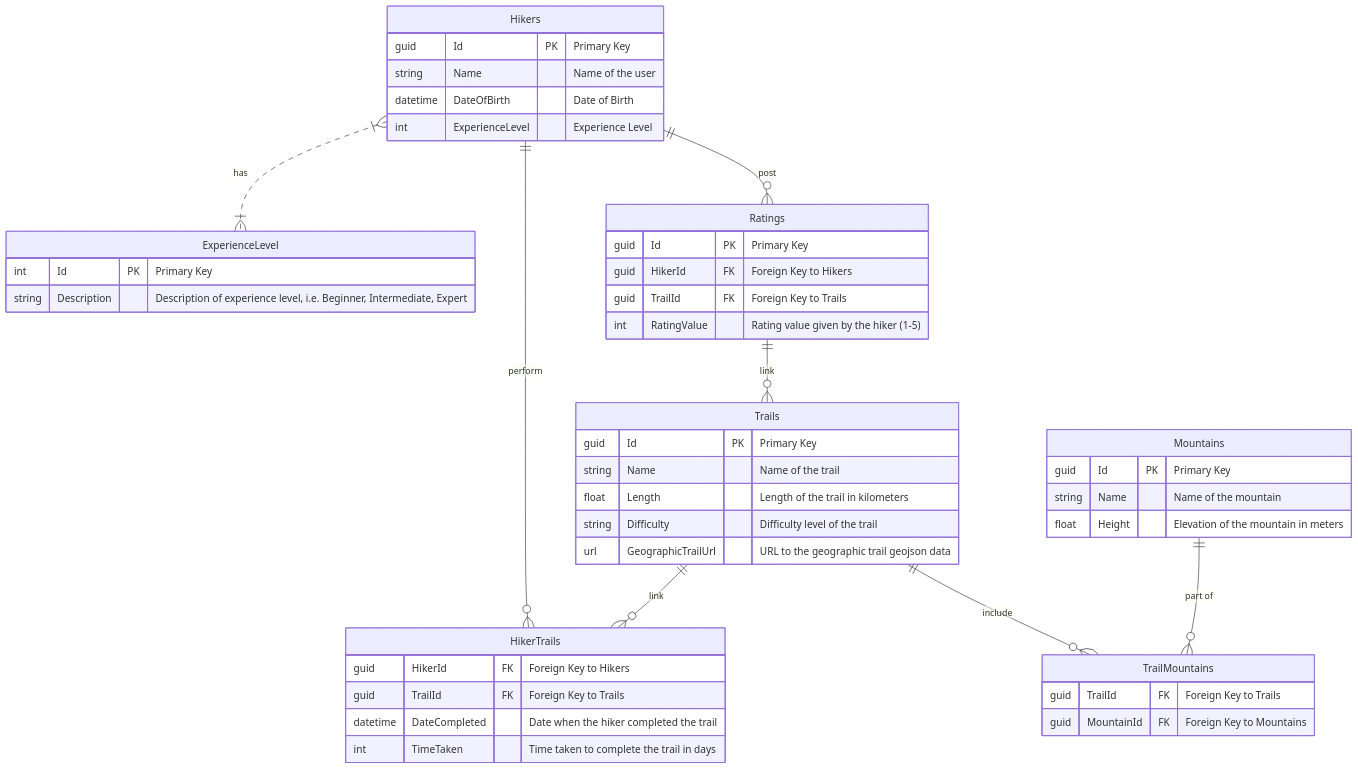
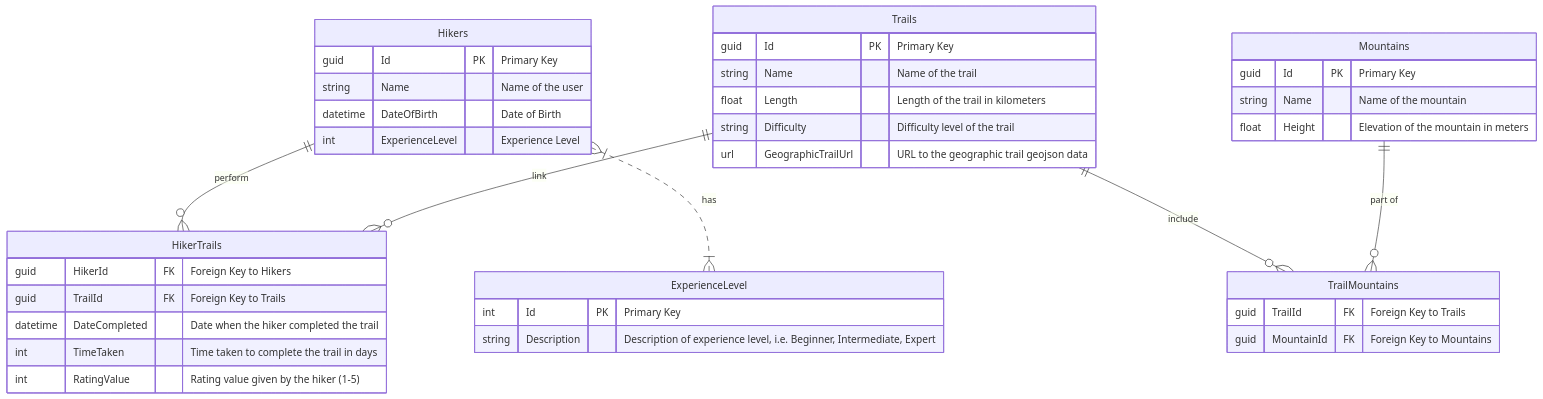
Before and after one commit to Mara1969/MyHikingAPI: the diagram in Docs/Schema.mmd, drawn with Mermaid.

Commit message:
Removed ratings table and added a ratings row to hikertrails table

```diff
--- a/Docs/Schema.mmd
+++ b/Docs/Schema.mmd
@@ -1,48 +1,43 @@
 
 erDiagram
     Hikers {
         guid Id PK "Primary Key"
         string Name "Name of the user"
         datetime DateOfBirth "Date of Birth"
         int ExperienceLevel "Experience Level"
     }
     ExperienceLevel {
         int Id PK "Primary Key"
         string Description "Description of experience level, i.e. Beginner, Intermediate, Expert"
     }
-    Ratings {
-        guid Id PK "Primary Key"
-        guid HikerId FK "Foreign Key to Hikers"
-        guid TrailId FK "Foreign Key to Trails"
-        int RatingValue "Rating value given by the hiker (1-5)"
-    }
+
     Trails {
         guid Id PK "Primary Key"
         string Name "Name of the trail"
         float Length "Length of the trail in kilometers"
         string Difficulty "Difficulty level of the trail"
         url GeographicTrailUrl "URL to the geographic trail geojson data"
     }
     HikerTrails {
         guid HikerId FK "Foreign Key to Hikers"
         guid TrailId FK "Foreign Key to Trails"
         datetime DateCompleted "Date when the hiker completed the trail"
         int TimeTaken "Time taken to complete the trail in days"
+        int RatingValue "Rating value given by the hiker (1-5)"
     }
     Mountains {
         guid Id PK "Primary Key"
         string Name "Name of the mountain"
         float Height "Elevation of the mountain in meters"
     }
     TrailMountains {
         guid TrailId FK "Foreign Key to Trails"
         guid MountainId FK "Foreign Key to Mountains"
     }
 
-    Hikers ||--o{ Ratings : "post"
-    Ratings ||--o{ Trails : "link"
+
     Hikers ||--o{ HikerTrails : "perform"
     Trails ||--o{ HikerTrails : "link"
     Trails ||--o{ TrailMountains : "include"
     Mountains ||--o{ TrailMountains : "part of"
     Hikers }|..|{ ExperienceLevel : "has"
```
